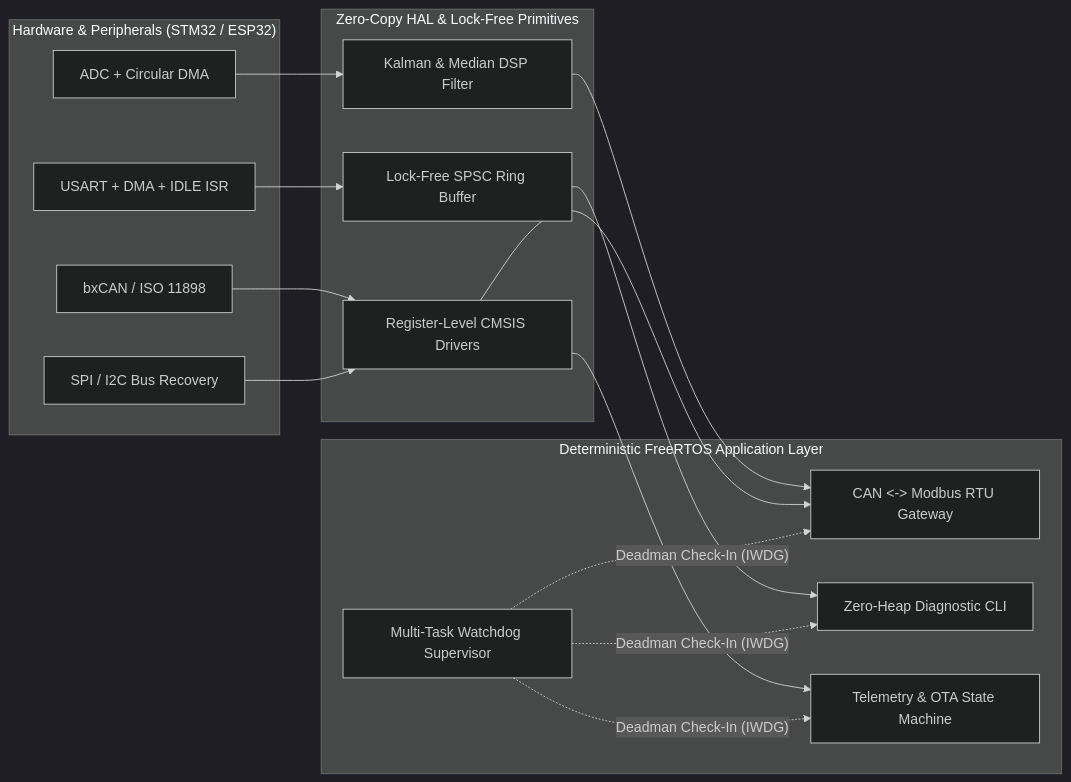
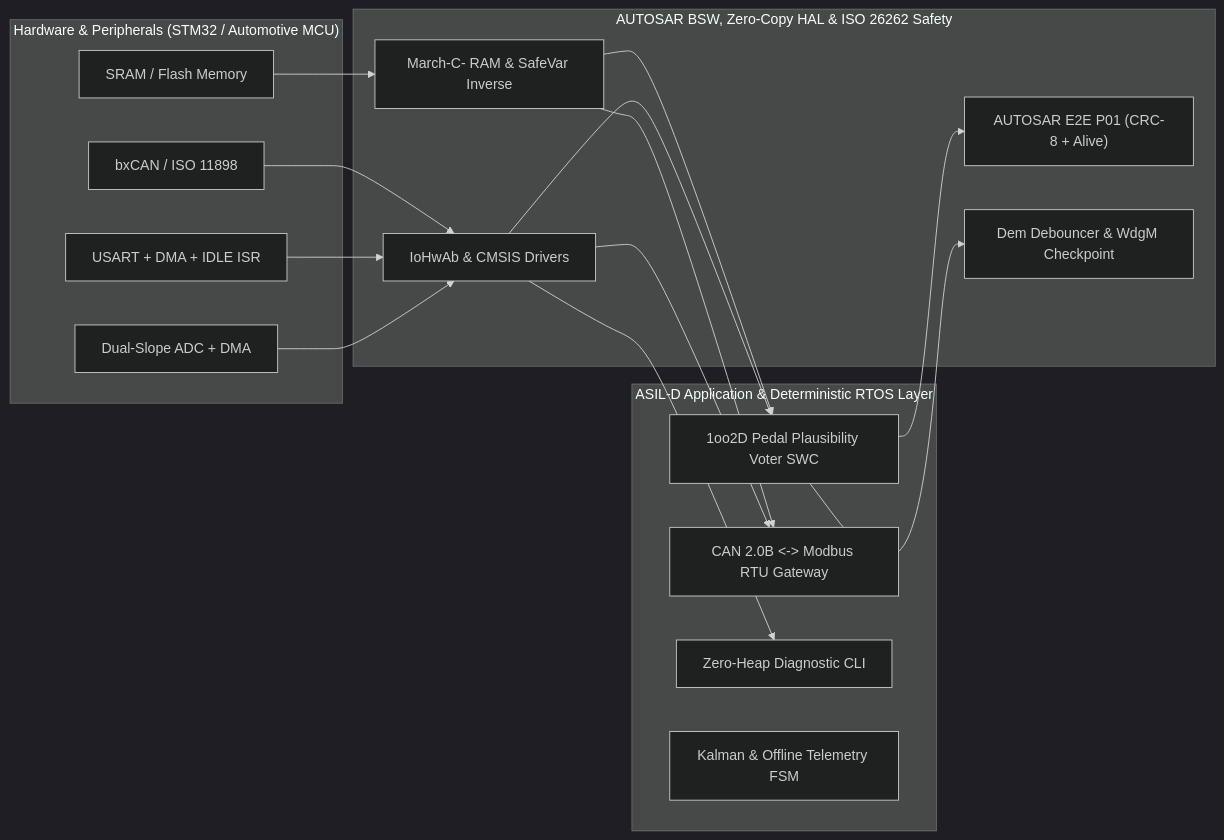
One commit to Yigitcakirdogan/Yigitcakirdogan changed the diagram in README.md. Above: the diagram before and after it, drawn with Mermaid (dark theme). The commit also changed other lines of this file, not shown here.

Commit message:
docs: add ISO 26262 / AUTOSAR architecture diagrams and technical documentation

````diff
--- a/README.md
+++ b/README.md
@@ -29,28 +30,29 @@
 ```mermaid
 flowchart LR
-    subgraph HW["Hardware & Peripherals (STM32 / ESP32)"]
-        ADC["ADC + Circular DMA"]
+    subgraph HW["Hardware & Peripherals (STM32 / Automotive MCU)"]
+        ADC["Dual-Slope ADC + DMA"]
         UART["USART + DMA + IDLE ISR"]
         CAN["bxCAN / ISO 11898"]
-        I2C_SPI["SPI / I2C Bus Recovery"]
+        SRAM["SRAM / Flash Memory"]
     end
 
-    subgraph HAL["Zero-Copy HAL & Lock-Free Primitives"]
-        RB["Lock-Free SPSC Ring Buffer"]
-        DRV["Register-Level CMSIS Drivers"]
-        FILT["Kalman & Median DSP Filter"]
+    subgraph BSW_HAL["AUTOSAR BSW, Zero-Copy HAL & ISO 26262 Safety"]
+        IOHWAB["IoHwAb & CMSIS Drivers"]
+        E2E["AUTOSAR E2E P01 (CRC-8 + Alive)"]
+        DEM_WDGM["Dem Debouncer & WdgM Checkpoint"]
+        MARCH["March-C- RAM & SafeVar Inverse"]
     end
 
-    subgraph RTOS["Deterministic FreeRTOS Application Layer"]
-        GW["CAN <-> Modbus RTU Gateway"]
+    subgraph APP["ASIL-D Application & Deterministic RTOS Layer"]
+        VOTER["1oo2D Pedal Plausibility Voter SWC"]
+        GW["CAN 2.0B <-> Modbus RTU Gateway"]
         CLI["Zero-Heap Diagnostic CLI"]
-        FSM["Telemetry & OTA State Machine"]
-        WDT["Multi-Task Watchdog Supervisor"]
+        FSM["Kalman & Offline Telemetry FSM"]
     end
 
-    ADC --> FILT --> GW
-    UART --> RB --> CLI
-    CAN --> DRV --> GW
-    I2C_SPI --> DRV --> FSM
-    WDT -. "Deadman Check-In (IWDG)" .-> GW & CLI & FSM
+    ADC --> IOHWAB --> VOTER
+    VOTER --> DEM_WDGM & E2E
+    UART --> IOHWAB --> CLI
+    CAN --> IOHWAB --> GW
+    SRAM --> MARCH --> VOTER & GW
 ```
````
